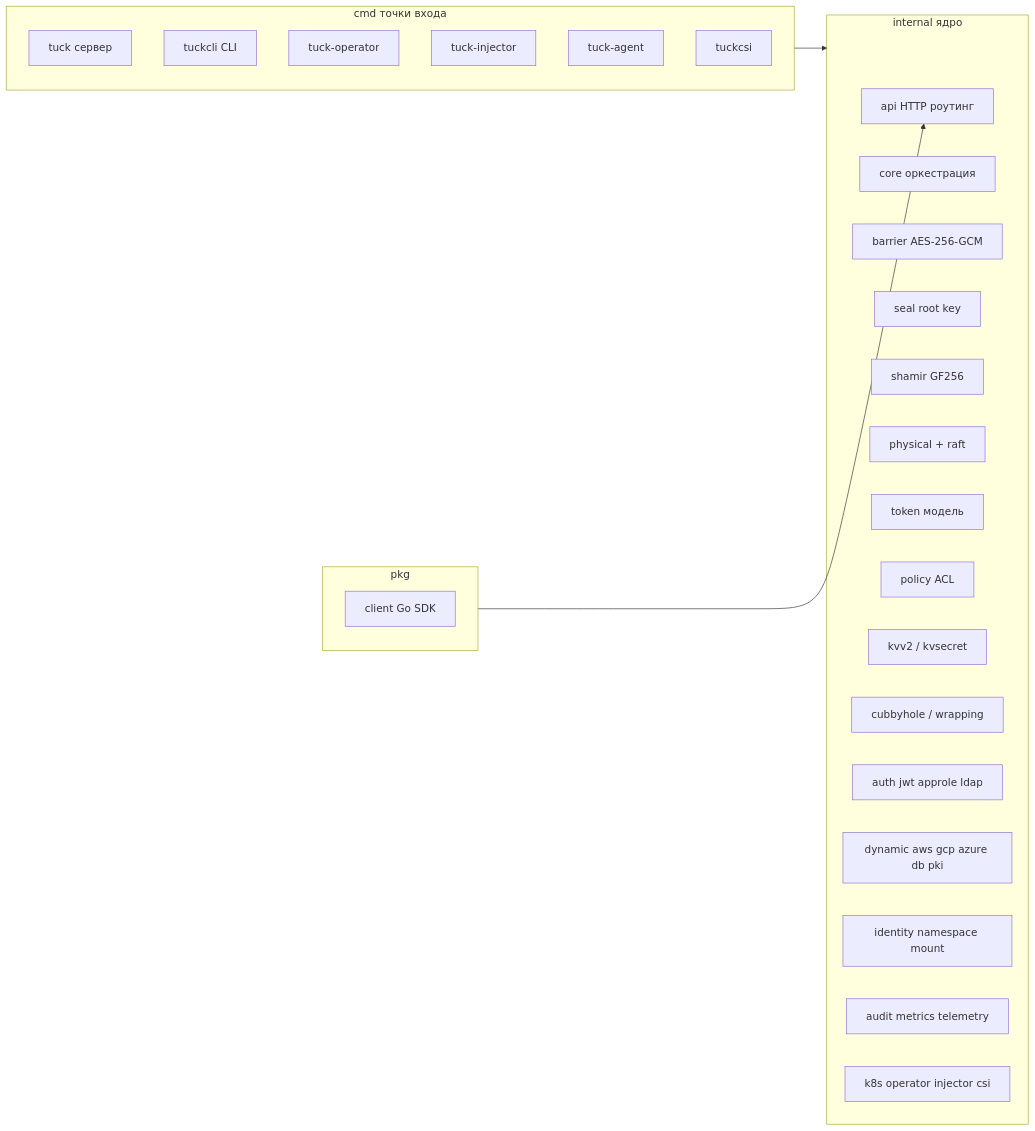
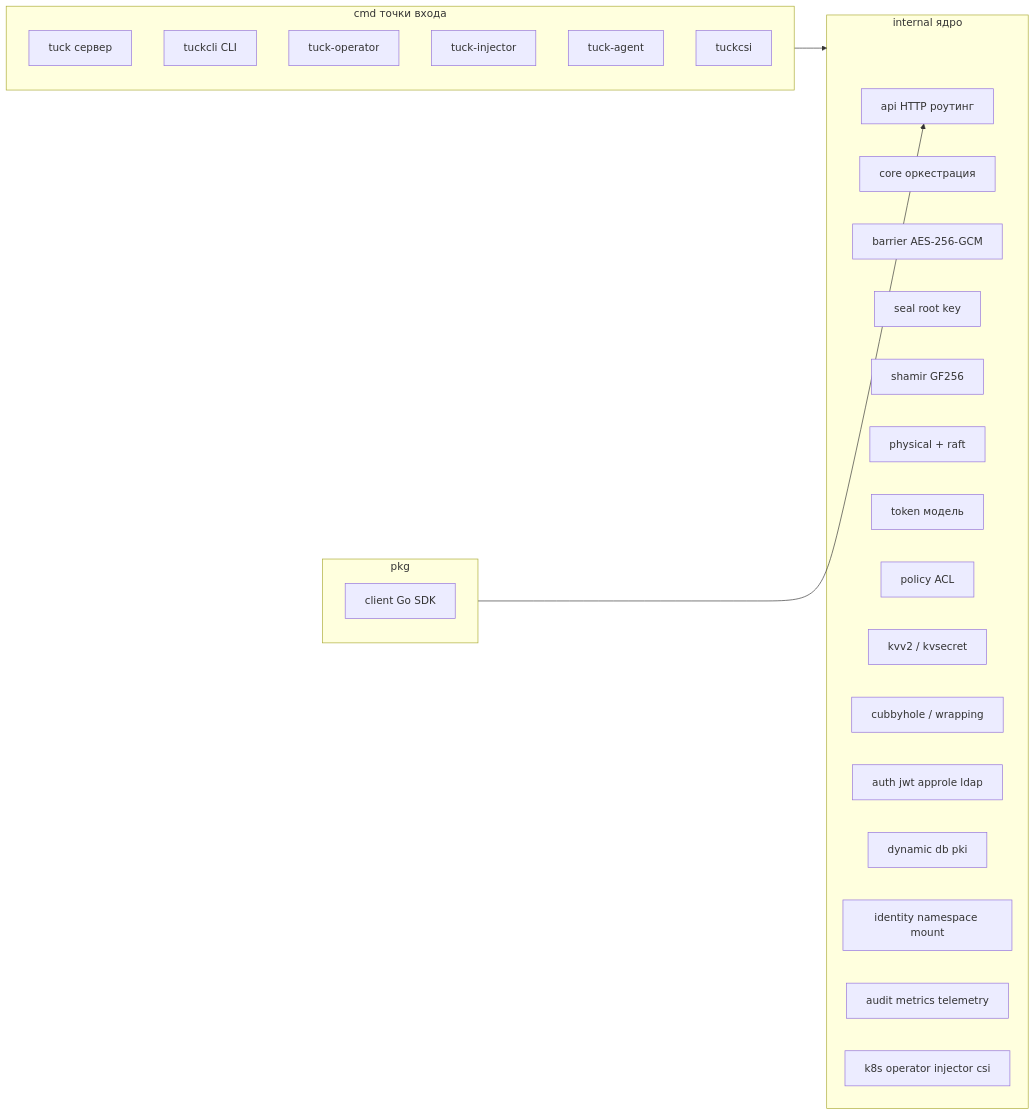
The second of 9 diagrams in docs/02-architecture.md (NAGenaev/tuck), drawn with Mermaid before and after one commit. The commit also changed other lines of this file and 23 other files, not shown here.

````diff
--- a/docs/02-architecture.md
+++ b/docs/02-architecture.md
@@ -87,36 +87,36 @@
 ```mermaid
 flowchart LR
     subgraph cmd["cmd точки входа"]
         c1["tuck сервер"]
         c2["tuckcli CLI"]
         c3[tuck-operator]
         c4[tuck-injector]
         c5[tuck-agent]
         c6[tuckcsi]
     end
 
     subgraph internal["internal ядро"]
         i_api["api HTTP роутинг"]
         i_core["core оркестрация"]
         i_barrier["barrier AES-256-GCM"]
         i_seal["seal root key"]
         i_shamir["shamir GF256"]
         i_phys["physical + raft"]
         i_token["token модель"]
         i_policy["policy ACL"]
         i_kvv2["kvv2 / kvsecret"]
         i_cub["cubbyhole / wrapping"]
         i_auth["auth jwt approle ldap"]
-        i_dyn["dynamic aws gcp azure db pki"]
+        i_dyn["dynamic db pki"]
         i_id["identity namespace mount"]
         i_obs["audit metrics telemetry"]
         i_k8s["k8s operator injector csi"]
     end
 
     subgraph pkg["pkg"]
         p_client["client Go SDK"]
     end
 
     cmd --> internal
     pkg --> i_api
 ```
````
